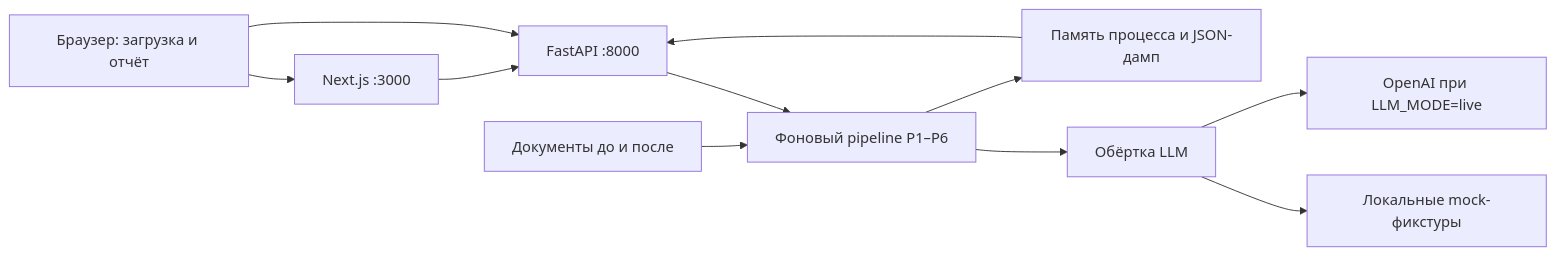
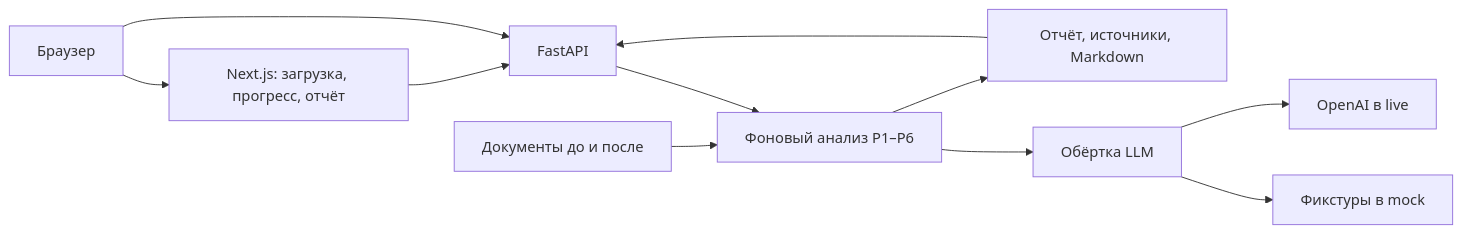
The diagram in README.md (BAITC-Hacks/hack-ec659486-mua), drawn with Mermaid before and after one commit. The commit also changed other lines of this file, not shown here.

````diff
--- a/README.md
+++ b/README.md
@@ -59,13 +64,13 @@
 ```mermaid
 flowchart LR
-    U[Браузер: загрузка и отчёт] --> F[Next.js :3000]
-    U --> A[FastAPI :8000]
+    B[Браузер] --> F[Next.js: загрузка, прогресс, отчёт]
+    B --> A[FastAPI]
     F --> A
-    A --> P[Фоновый pipeline P1–P6]
+    A --> P[Фоновый анализ P1–P6]
     D[Документы до и после] --> P
     P --> L[Обёртка LLM]
-    L --> M[Локальные mock-фикстуры]
-    L --> O[OpenAI при LLM_MODE=live]
-    P --> R[Память процесса и JSON-дамп]
+    L --> M[Фикстуры в mock]
+    L --> O[OpenAI в live]
+    P --> R[Отчёт, источники, Markdown]
     R --> A
 ```
````
